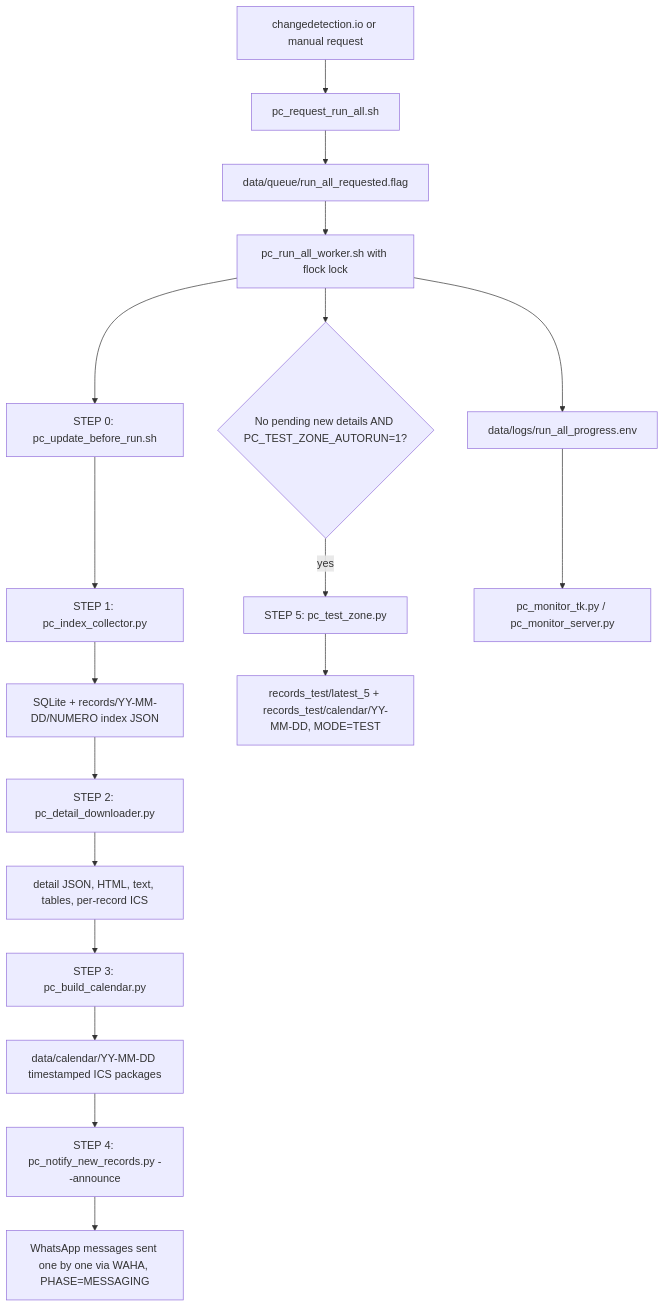
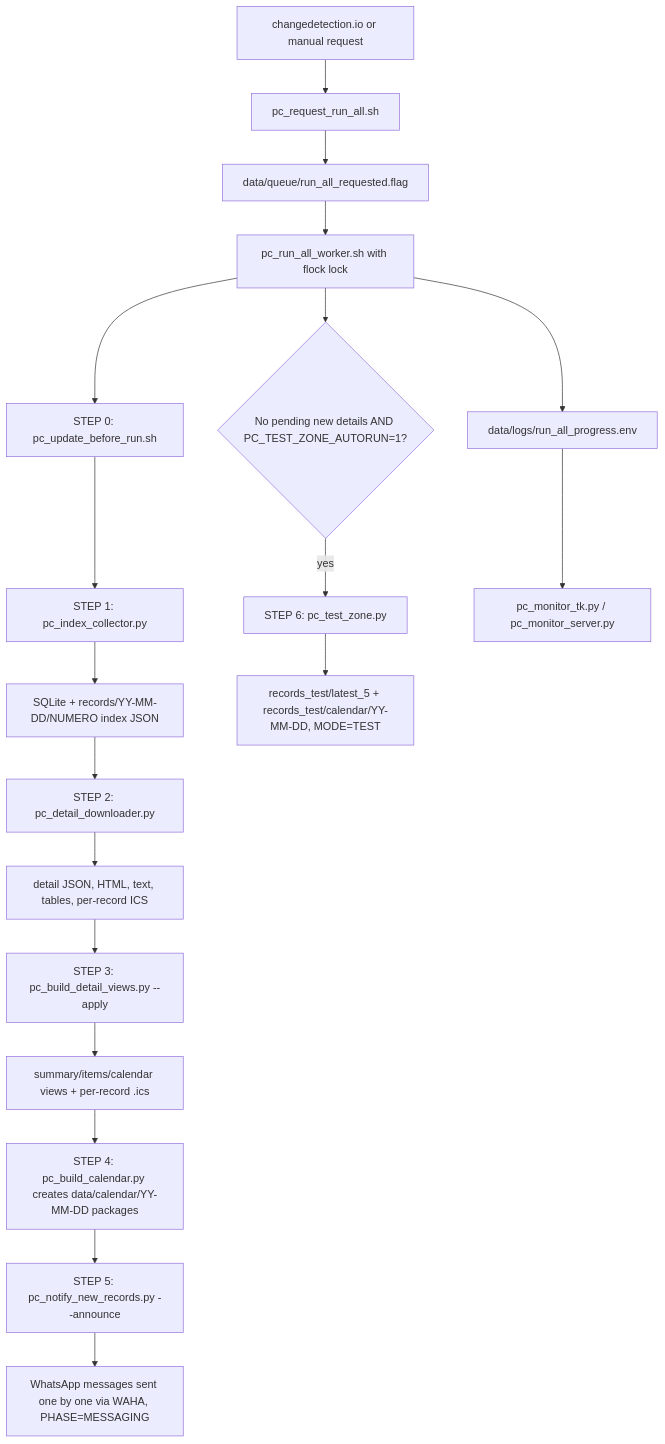
One commit to 413x-4rtur0/panamacompra-collector-backfill changed the diagram in README.md. Above: the diagram before and after it, drawn with Mermaid. The commit also changed other lines of this file and 5 other files, not shown here.

````diff
--- a/README.md
+++ b/README.md
@@ -117,20 +118,21 @@
 ```mermaid
 flowchart TD
     A[changedetection.io or manual request] --> B[pc_request_run_all.sh]
     B --> C[data/queue/run_all_requested.flag]
     C --> D[pc_run_all_worker.sh with flock lock]
     D --> U[STEP 0: pc_update_before_run.sh]
     U --> E[STEP 1: pc_index_collector.py]
     E --> F[SQLite + records/YY-MM-DD/NUMERO index JSON]
     F --> G[STEP 2: pc_detail_downloader.py]
     G --> H[detail JSON, HTML, text, tables, per-record ICS]
-    H --> I[STEP 3: pc_build_calendar.py]
-    I --> J[data/calendar/YY-MM-DD timestamped ICS packages]
-    J --> P[STEP 4: pc_notify_new_records.py --announce]
+    H --> I[STEP 3: pc_build_detail_views.py --apply]
+    I --> V[summary/items/calendar views + per-record .ics]
+    V --> J[STEP 4: pc_build_calendar.py creates data/calendar/YY-MM-DD packages]
+    J --> P[STEP 5: pc_notify_new_records.py --announce]
     P --> Q[WhatsApp messages sent one by one via WAHA, PHASE=MESSAGING]
     D --> K{No pending new details AND PC_TEST_ZONE_AUTORUN=1?}
-    K -- yes --> L[STEP 5: pc_test_zone.py]
+    K -- yes --> L[STEP 6: pc_test_zone.py]
     L --> M[records_test/latest_5 + records_test/calendar/YY-MM-DD, MODE=TEST]
     D --> N[data/logs/run_all_progress.env]
     N --> O[pc_monitor_tk.py / pc_monitor_server.py]
 ```
````
